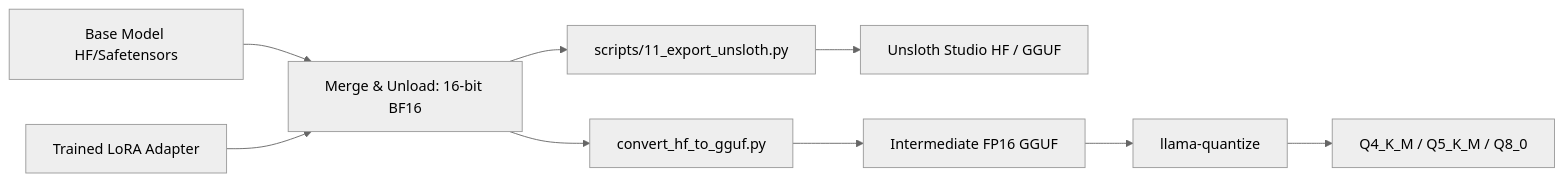
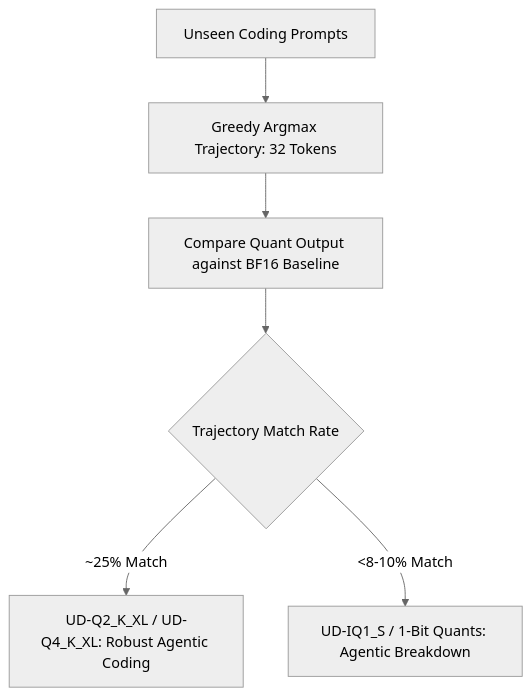
One commit to paazmaya/everything-of-rust-lora changed the first of 2 diagrams in QUANTIZIZE.md. Above: the diagram before and after it, drawn with Mermaid (neutral theme). The commit also changed other lines of this file and 8 other files, not shown here.

Commit message:
Unsloth Dynamic 3.0 & Architecture-Specific Export Optimizations

````diff
--- a/QUANTIZIZE.md
+++ b/QUANTIZIZE.md
@@ -255,11 +297,8 @@
 ```mermaid
-flowchart LR
-    A[Base Model HF/Safetensors] --> C[Merge & Unload: 16-bit BF16]
-    B[Trained LoRA Adapter] --> C
-    C --> D[scripts/11_export_unsloth.py]
-    D --> E[Unsloth Studio HF / GGUF]
-    C --> F[convert_hf_to_gguf.py]
-    F --> G[Intermediate FP16 GGUF]
-    G --> H[llama-quantize]
-    H --> I[Q4_K_M / Q5_K_M / Q8_0]
+flowchart TD
+    A[Unseen Coding Prompts] --> B[Greedy Argmax Trajectory: 32 Tokens]
+    B --> C[Compare Quant Output against BF16 Baseline]
+    C --> D{Trajectory Match Rate}
+    D -->|~25% Match| E[UD-Q2_K_XL / UD-Q4_K_XL: Robust Agentic Coding]
+    D -->|<8-10% Match| F[UD-IQ1_S / 1-Bit Quants: Agentic Breakdown]
 ```
````
